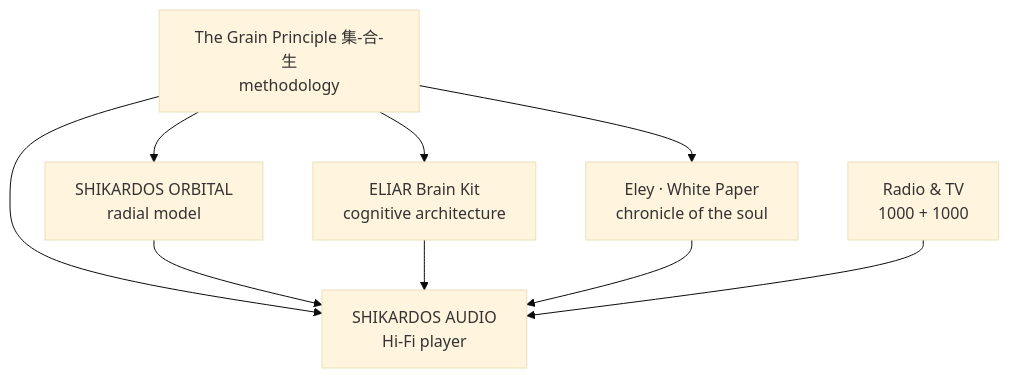
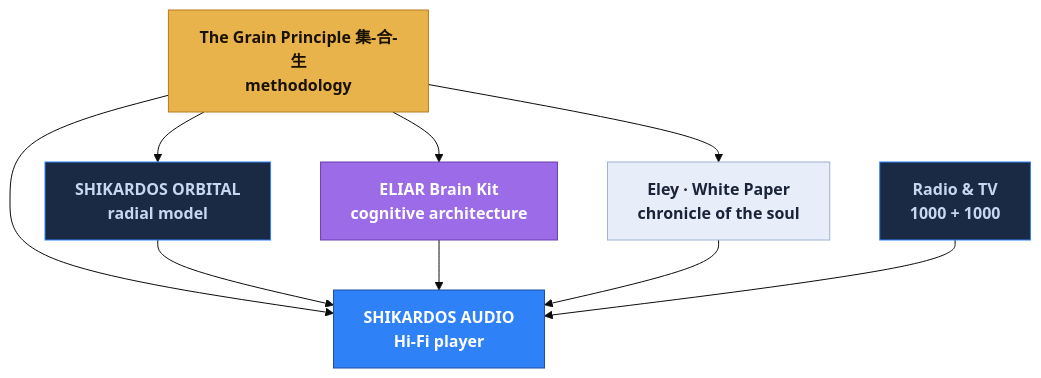
The diagram in README.md (SHIKARDOS/shikardos), drawn with Mermaid (base theme) before and after one commit. The commit also changed other lines of this file, not shown here.

````diff
--- a/README.md
+++ b/README.md
@@ -7,11 +7,23 @@
 ```mermaid
 graph TD
     GRAIN[The Grain Principle 集-合-生<br>methodology] --> AUDIO[SHIKARDOS AUDIO<br>Hi-Fi player]
     GRAIN --> ORBITAL[SHIKARDOS ORBITAL<br>radial model]
     GRAIN --> ELIAR[ELIAR Brain Kit<br>cognitive architecture]
     GRAIN --> WHITE[Eley · White Paper<br>chronicle of the soul]
     ORBITAL --> AUDIO
     ELIAR --> AUDIO
     WHITE --> AUDIO
     RADIO[Radio & TV<br>1000 + 1000] --> AUDIO
+
+    classDef root fill:#e8b34b,stroke:#b9791f,color:#1a1200,font-weight:bold;
+    classDef main fill:#2f81f7,stroke:#1b4fa6,color:#ffffff,font-weight:bold;
+    classDef soft fill:#1b2a44,stroke:#2f81f7,color:#c9d6ef;
+    classDef eliar fill:#9b6be8,stroke:#6a3fb0,color:#ffffff;
+    classDef white fill:#e8eef9,stroke:#9fb0d0,color:#1a2438;
+    class GRAIN root;
+    class AUDIO main;
+    class ORBITAL soft;
+    class ELIAR eliar;
+    class WHITE white;
+    class RADIO soft;
 ```
````
